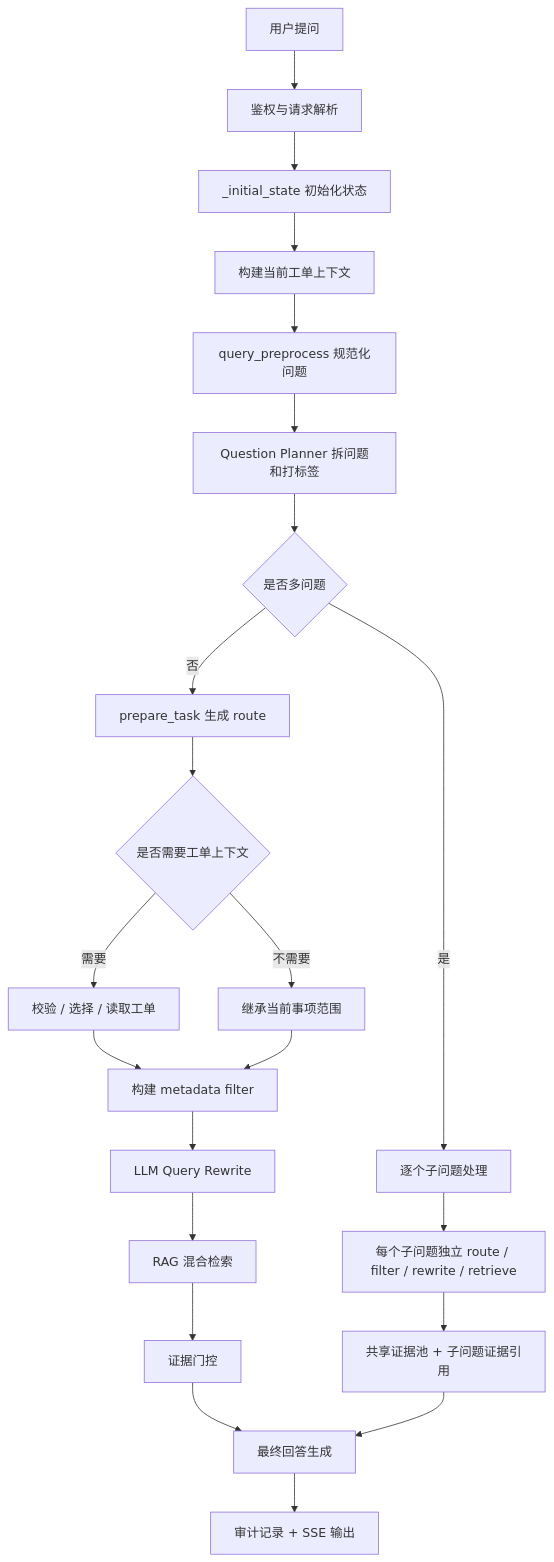
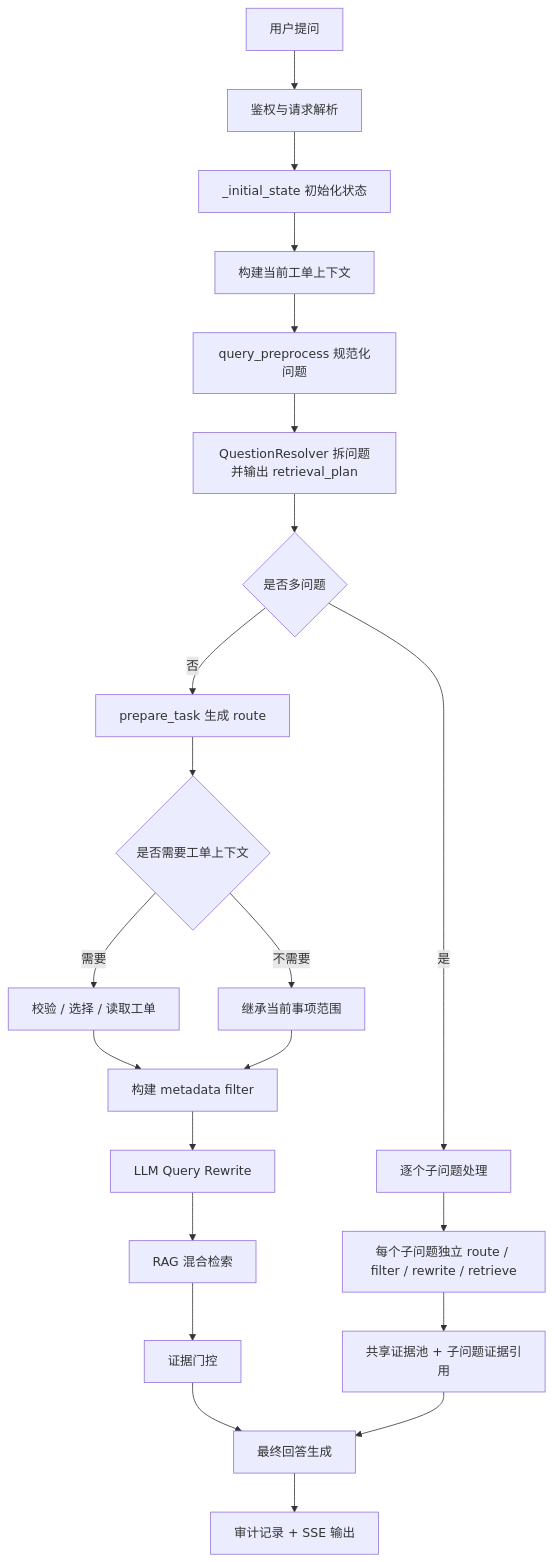
The diagram in README.md (hulei6188/declaration_qa), drawn with Mermaid before and after one commit. The commit also changed other lines of this file and 45 other files, not shown here.

````diff
--- a/README.md
+++ b/README.md
@@ -120,27 +120,27 @@
 ```mermaid
 flowchart TD
     A["用户提问"] --> B["鉴权与请求解析"]
     B --> C["_initial_state 初始化状态"]
     C --> D["构建当前工单上下文"]
     D --> E["query_preprocess 规范化问题"]
-    E --> F["Question Planner 拆问题和打标签"]
+    E --> F["QuestionResolver 拆问题并输出 retrieval_plan"]
     F --> G{"是否多问题"}
 
     G -- "否" --> H["prepare_task 生成 route"]
     H --> I{"是否需要工单上下文"}
     I -- "需要" --> J["校验 / 选择 / 读取工单"]
     I -- "不需要" --> K["继承当前事项范围"]
     J --> L["构建 metadata filter"]
     K --> L
 
     G -- "是" --> M["逐个子问题处理"]
     M --> N["每个子问题独立 route / filter / rewrite / retrieve"]
     N --> O["共享证据池 + 子问题证据引用"]
 
     L --> P["LLM Query Rewrite"]
     P --> Q["RAG 混合检索"]
     Q --> R["证据门控"]
     R --> S["最终回答生成"]
     O --> S
     S --> T["审计记录 + SSE 输出"]
 ```
````
